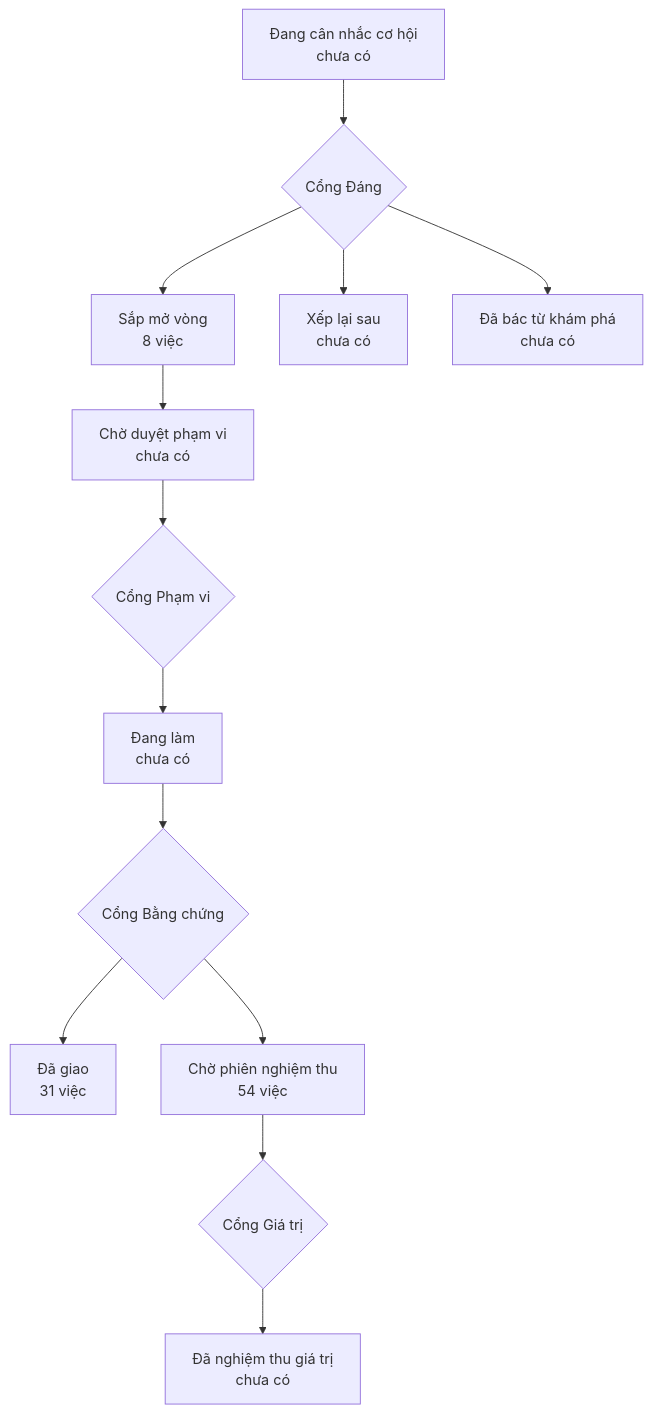
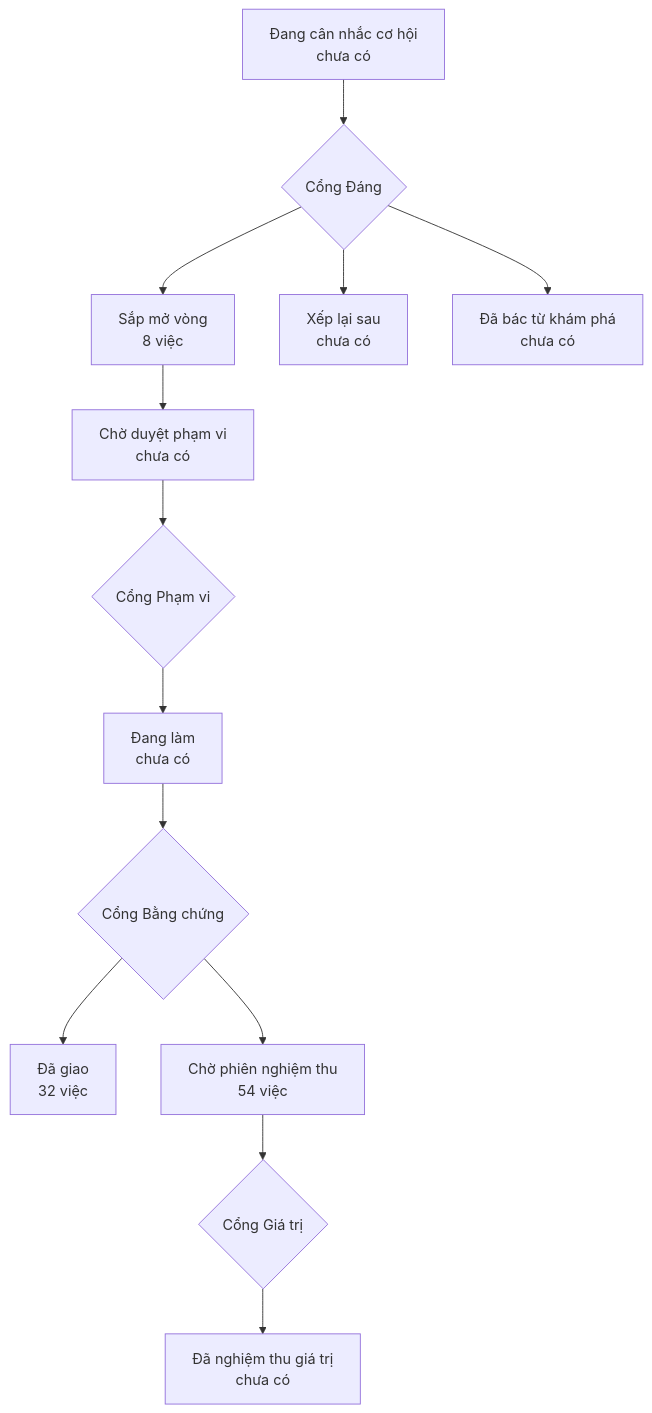
One commit to phanlemanh/onehub-inventory changed the diagram in PRODUCT-MAP.md. Above: the diagram before and after it, drawn with Mermaid. The commit also changed other lines of this file and 24 other files, not shown here.

````diff
--- a/PRODUCT-MAP.md
+++ b/PRODUCT-MAP.md
@@ -7,12 +7,12 @@
 ```mermaid
 flowchart TD
   A["Đang cân nhắc cơ hội<br/>chưa có"] --> GD{"Cổng Đáng"}
   GD --> B["Sắp mở vòng<br/>8 việc"]
   GD --> XL["Xếp lại sau<br/>chưa có"]
   GD --> DB["Đã bác từ khám phá<br/>chưa có"]
   B --> CD["Chờ duyệt phạm vi<br/>chưa có"] --> GP{"Cổng Phạm vi"}
   GP --> DL["Đang làm<br/>chưa có"] --> GB{"Cổng Bằng chứng"}
-  GB --> DG["Đã giao<br/>31 việc"]
+  GB --> DG["Đã giao<br/>32 việc"]
   GB --> CN["Chờ phiên nghiệm thu<br/>54 việc"] --> GG{"Cổng Giá trị"}
   GG --> NT["Đã nghiệm thu giá trị<br/>chưa có"]
 ```
````
